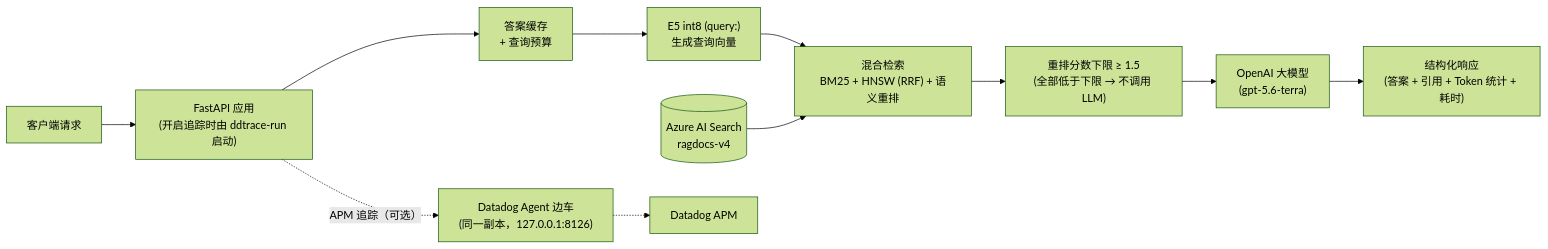
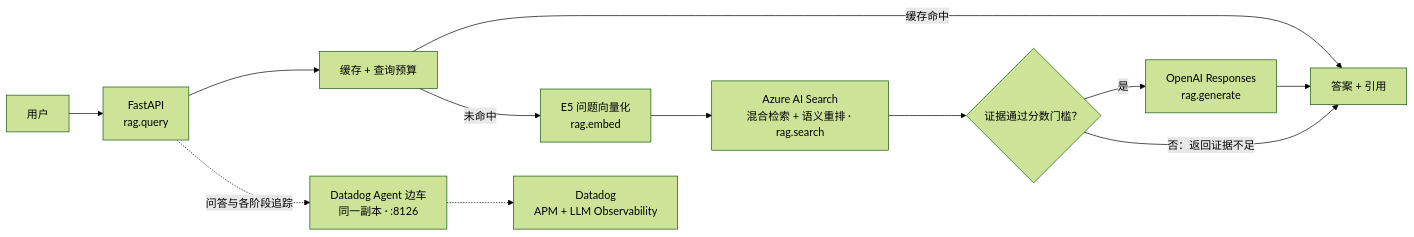
Before and after one commit to workHMZ/aca-ghcr-cicd-lab: the fifth of 9 diagrams in README.md, drawn with Mermaid (forest theme). The commit also changed other lines of this file and 38 other files, not shown here.

First line of the commit message:
feat: release 3.2 with hardened RAG and LLM observability

````diff
--- a/README.md
+++ b/README.md
@@ -402,13 +391,14 @@
 ```mermaid
 flowchart LR
-    Client["客户端请求"] --> API["FastAPI 应用<br/>(开启追踪时由 ddtrace-run 启动)"]
-    API --> Guard["答案缓存<br/>+ 查询预算"]
-    Guard --> QVec["E5 int8 (query:)<br/>生成查询向量"]
-    QVec --> Hybrid["混合检索<br/>BM25 + HNSW (RRF) + 语义重排"]
-    Index[("Azure AI Search<br/>ragdocs-v4")] --> Hybrid
-    Hybrid --> Floor["重排分数下限 ≥ 1.5<br/>(全部低于下限 → 不调用 LLM)"]
-    Floor --> LLM["OpenAI 大模型<br/>(gpt-5.6-terra)"]
-    LLM --> Response["结构化响应<br/>(答案 + 引用 + Token 统计 + 耗时)"]
-    API -. "APM 追踪（可选）" .-> Agent["Datadog Agent 边车<br/>(同一副本，127.0.0.1:8126)"]
-    Agent -.-> APM["Datadog APM"]
+    Client["用户"] --> API["FastAPI<br/>rag.query"]
+    API --> Guard["缓存 + 查询预算"]
+    Guard -- "缓存命中" --> Response["答案 + 引用"]
+    Guard -- "未命中" --> QVec["E5 问题向量化<br/>rag.embed"]
+    QVec --> Search["Azure AI Search<br/>混合检索 + 语义重排 · rag.search"]
+    Search --> Evidence{"证据通过分数门槛？"}
+    Evidence -- "是" --> LLM["OpenAI Responses<br/>rag.generate"]
+    Evidence -- "否：返回证据不足" --> Response
+    LLM --> Response
+    API -. "问答与各阶段追踪" .-> Agent["Datadog Agent 边车<br/>同一副本 · :8126"]
+    Agent -.-> DD["Datadog<br/>APM + LLM Observability"]
 ```
````
